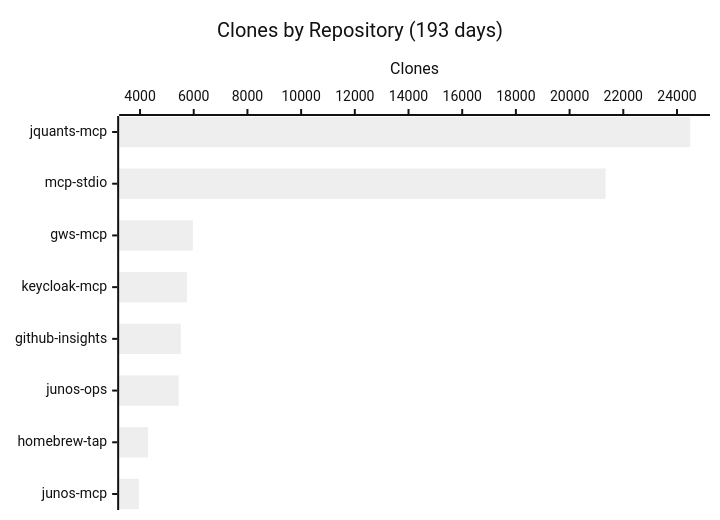
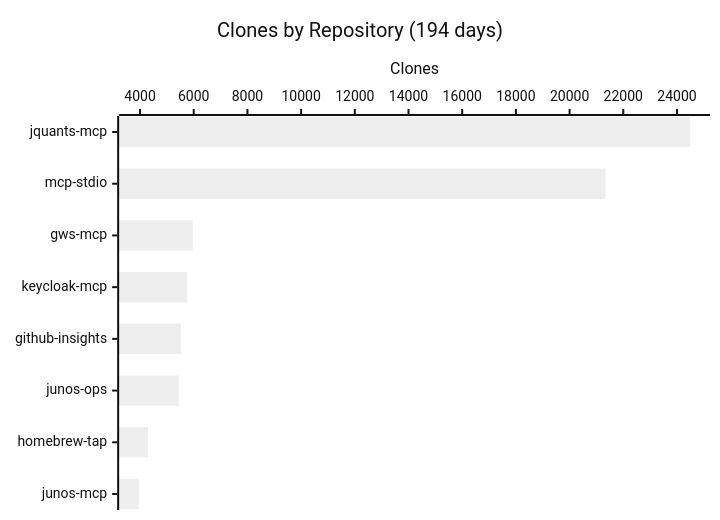
The fourth of 4 diagrams in README.md (shigechika/github-insights), drawn with Mermaid (neutral theme) before and after one commit. The commit also changed other lines of this file and 2 other files, not shown here.

````diff
--- a/README.md
+++ b/README.md
@@ -58,7 +58,7 @@
 ```mermaid
 xychart-beta horizontal
-    title "Clones by Repository (193 days)"
+    title "Clones by Repository (194 days)"
     x-axis ["jquants-mcp", "mcp-stdio", "gws-mcp", "keycloak-mcp", "github-insights", "junos-ops", "homebrew-tap", "junos-mcp"]
     y-axis "Clones"
     bar [24495, 21341, 5968, 5747, 5519, 5440, 4295, 3957]
 ```
````
